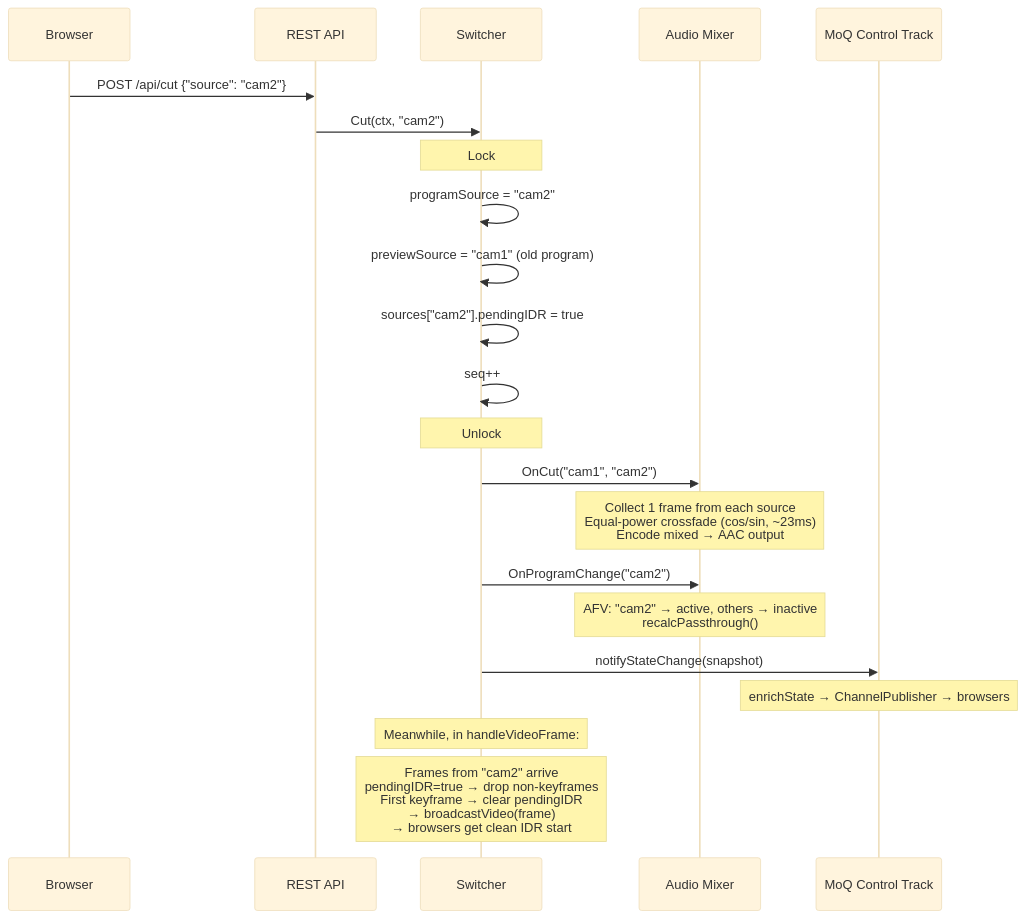
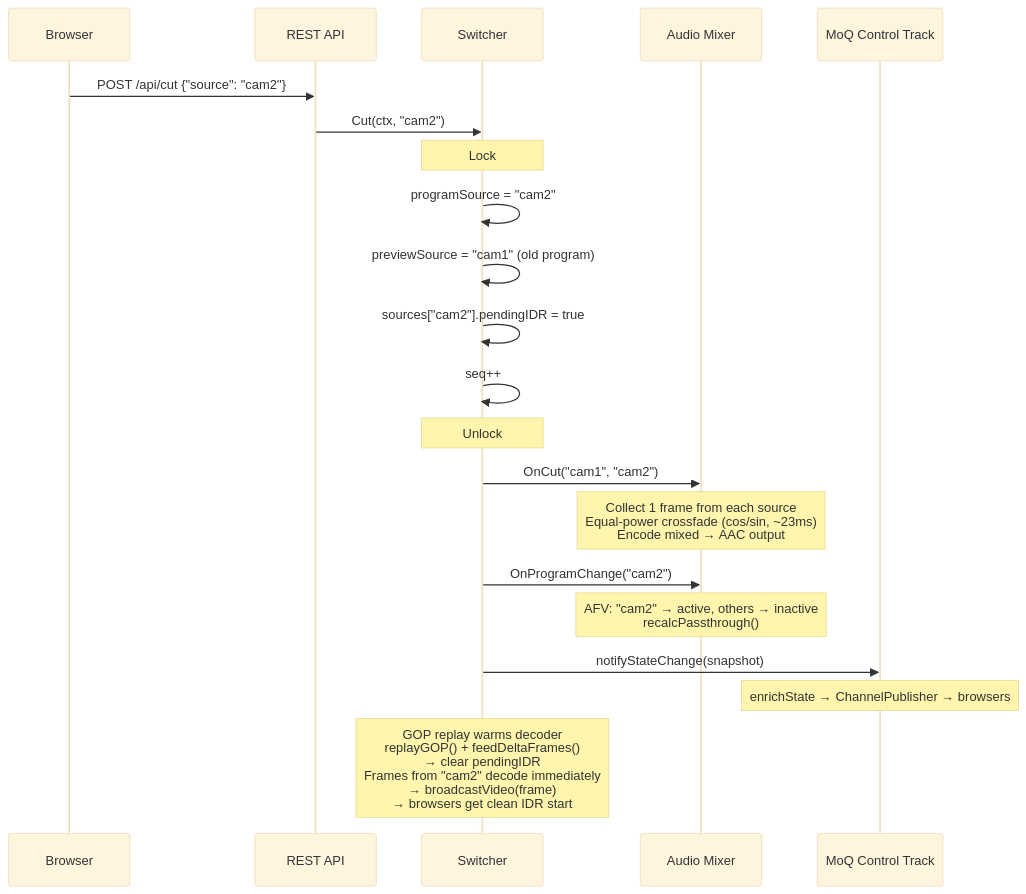
Before and after one commit to zsiec/switchframe: diagram 20 of 22 in docs/architecture.md, drawn with Mermaid (base theme). The commit also changed other lines of this file and 20 other files, not shown here.

First line of the commit message:
Add V210 SIMD kernels & GOP-replay docs

````diff
--- a/docs/architecture.md
+++ b/docs/architecture.md
@@ -1109,30 +1114,29 @@
 ```mermaid
 sequenceDiagram
     participant Browser
     participant API as REST API
     participant SW as Switcher
     participant Mixer as Audio Mixer
     participant MoQ as MoQ Control Track
 
     Browser->>API: POST /api/cut {"source": "cam2"}
     API->>SW: Cut(ctx, "cam2")
 
     Note over SW: Lock
     SW->>SW: programSource = "cam2"
     SW->>SW: previewSource = "cam1" (old program)
     SW->>SW: sources["cam2"].pendingIDR = true
     SW->>SW: seq++
     Note over SW: Unlock
 
     SW->>Mixer: OnCut("cam1", "cam2")
     Note over Mixer: Collect 1 frame from each source<br/>Equal-power crossfade (cos/sin, ~23ms)<br/>Encode mixed → AAC output
 
     SW->>Mixer: OnProgramChange("cam2")
     Note over Mixer: AFV: "cam2" → active, others → inactive<br/>recalcPassthrough()
 
     SW->>MoQ: notifyStateChange(snapshot)
     Note over MoQ: enrichState → ChannelPublisher → browsers
 
-    Note over SW: Meanwhile, in handleVideoFrame:
-    Note over SW: Frames from "cam2" arrive<br/>pendingIDR=true → drop non-keyframes<br/>First keyframe → clear pendingIDR<br/>→ broadcastVideo(frame)<br/>→ browsers get clean IDR start
+    Note over SW: GOP replay warms decoder<br/>replayGOP() + feedDeltaFrames()<br/>→ clear pendingIDR<br/>Frames from "cam2" decode immediately<br/>→ broadcastVideo(frame)<br/>→ browsers get clean IDR start
 ```
````
